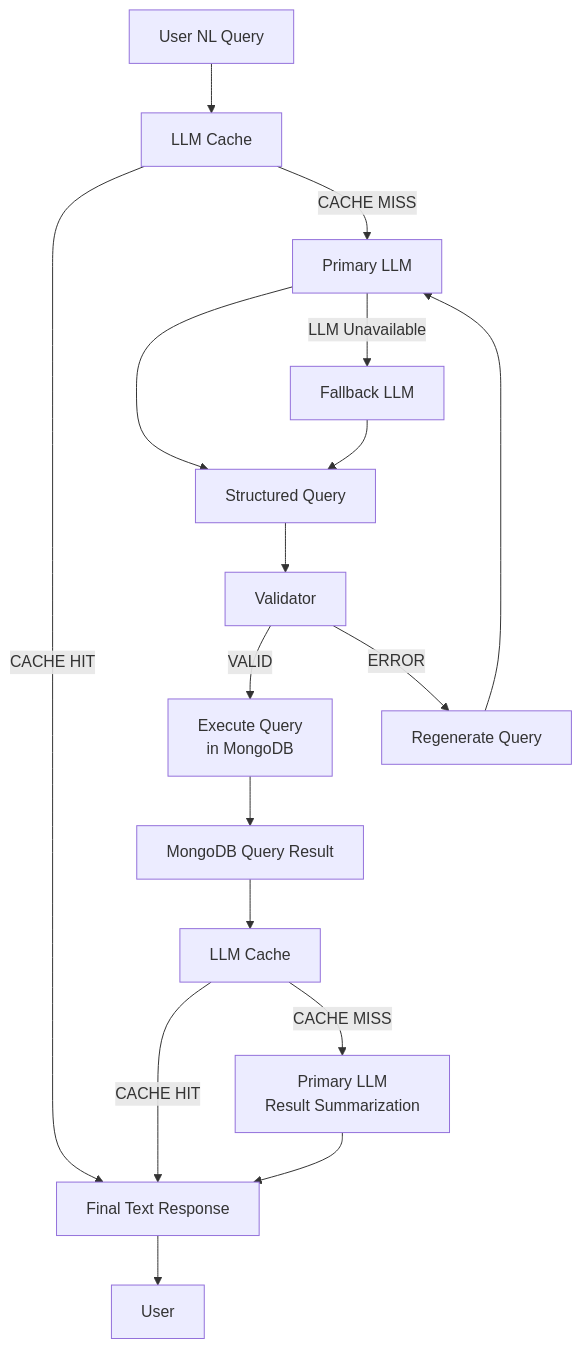
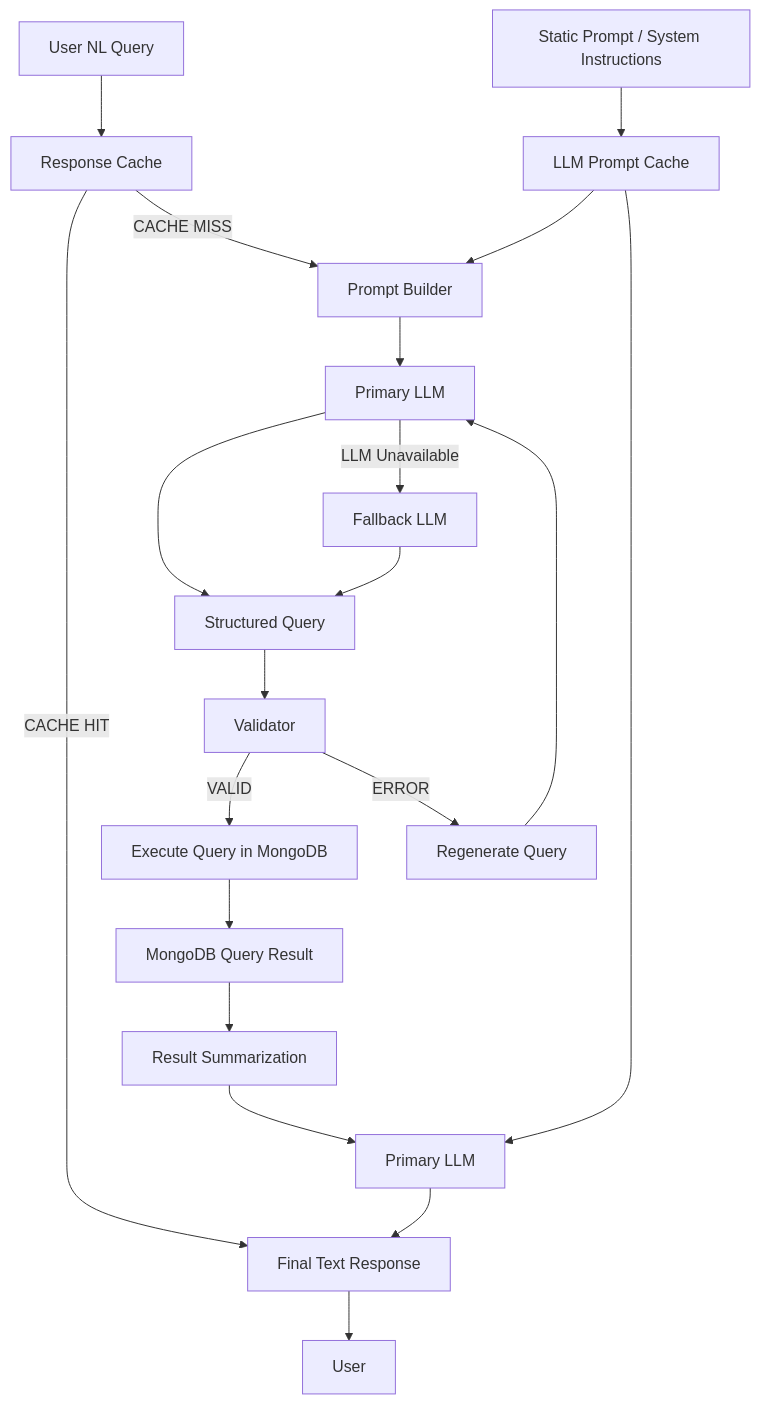
The first of 2 diagrams in 4. Application Flow.md (Rishabhraghav7/LLM_Learning), drawn with Mermaid before and after one commit. The commit also changed 2 other files, not shown here.

Commit message:
updated proposed architecture

````diff
--- a/4. Application Flow.md
+++ b/4. Application Flow.md
@@ -75,35 +75,30 @@
 ```mermaid
 flowchart TD
+    A["User NL Query"] --> B["Response Cache"]
 
-A["User NL Query"] --> B["LLM Cache"]
+    B -->|CACHE HIT| Z["Final Text Response"]
+    B -->|CACHE MISS| C["Prompt Builder"]
 
-B -->|CACHE HIT| Z["Cached Response"]
+    P["Static Prompt / System Instructions"] --> PC["LLM Prompt Cache"]
+    PC --> C
 
-B -->|CACHE MISS| C["Primary LLM"]
+    C --> D["Primary LLM"]
+    D --> E["Structured Query"]
+    E --> F["Validator"]
 
-C --> D["Structured Query"]
+    F -->|VALID| G["Execute Query in MongoDB"]
+    F -->|ERROR| H["Regenerate Query"]
+    H --> D
 
-D --> E["Validator"]
+    G --> I["MongoDB Query Result"]
+    I --> J["Result Summarization"]
 
-E -->|VALID| F["Execute Query<br/>in MongoDB"]
+    J --> D2["Primary LLM"]
+    PC --> D2
+    D2 --> Z
 
-E -->|ERROR| G["Regenerate Query"]
+    D -->|LLM Unavailable| K["Fallback LLM"]
+    K --> E
 
-G --> C
-
-F --> H["MongoDB Query Result"]
-
-H --> I["LLM Cache"]
-
-I -->|CACHE HIT| Z
-
-I -->|CACHE MISS| J["Primary LLM<br/>Result Summarization"]
-
-C -->|LLM Unavailable| K["Fallback LLM"]
-
-K --> D
-
-J --> Z["Final Text Response"]
-
-Z --> L["User"]
+    Z --> L["User"]
 ```
````
